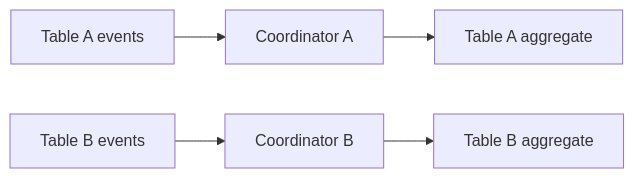
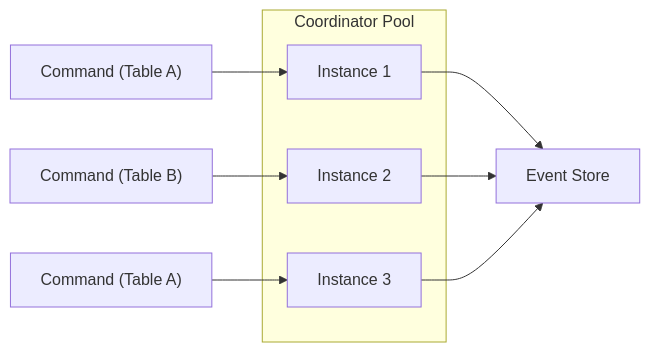
One commit to benjaminabbitt/angzarr changed the seventh of 8 diagrams in docs/docs/features/performance.mdx. Above: the diagram before and after it, drawn with Mermaid. The commit also changed other lines of this file and 37 other files, not shown here.

````diff
--- a/docs/docs/features/performance.mdx
+++ b/docs/docs/features/performance.mdx
@@ -202,5 +378,16 @@
 ```mermaid
 flowchart LR
-    ea["Table A events"] --> ca["Coordinator A"] --> aa["Table A aggregate"]
-    eb["Table B events"] --> cb["Coordinator B"] --> ab["Table B aggregate"]
+    subgraph coordinator["Coordinator Pool"]
+        c1["Instance 1"]
+        c2["Instance 2"]
+        c3["Instance 3"]
+    end
+
+    cmd1["Command (Table A)"] --> c1
+    cmd2["Command (Table B)"] --> c2
+    cmd3["Command (Table A)"] --> c3
+
+    c1 --> store["Event Store"]
+    c2 --> store
+    c3 --> store
 ```
````
